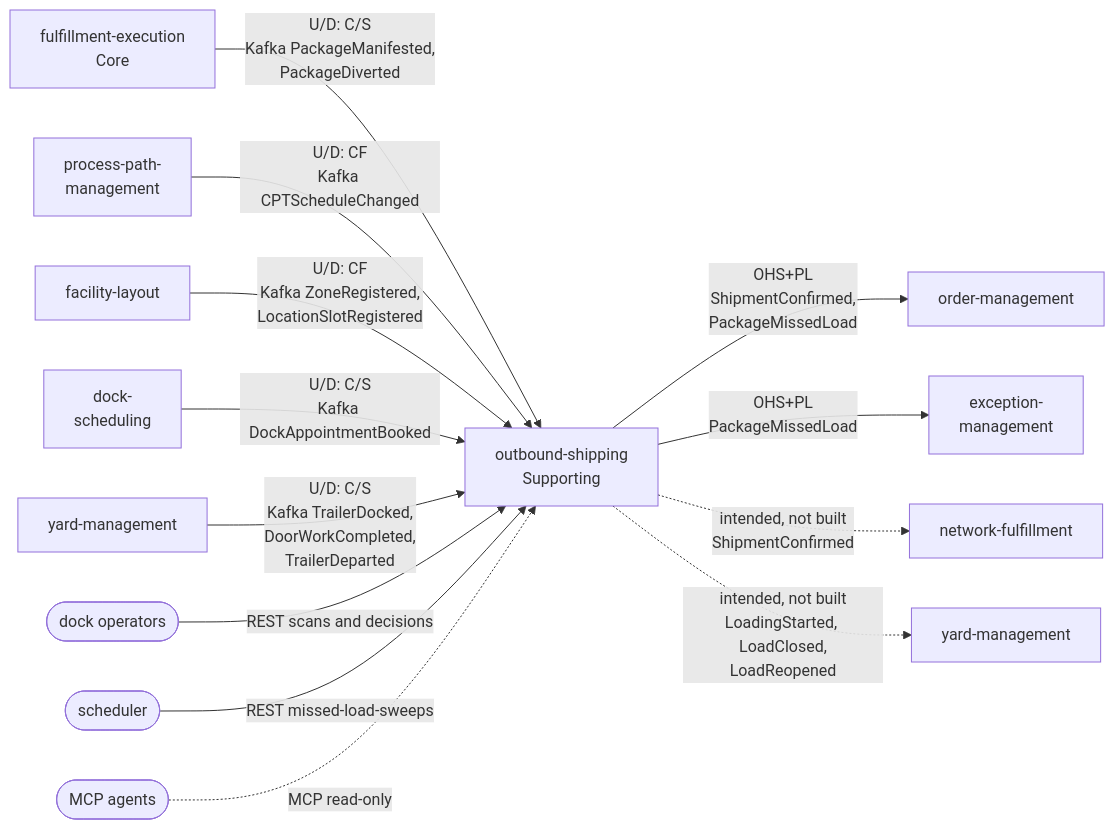
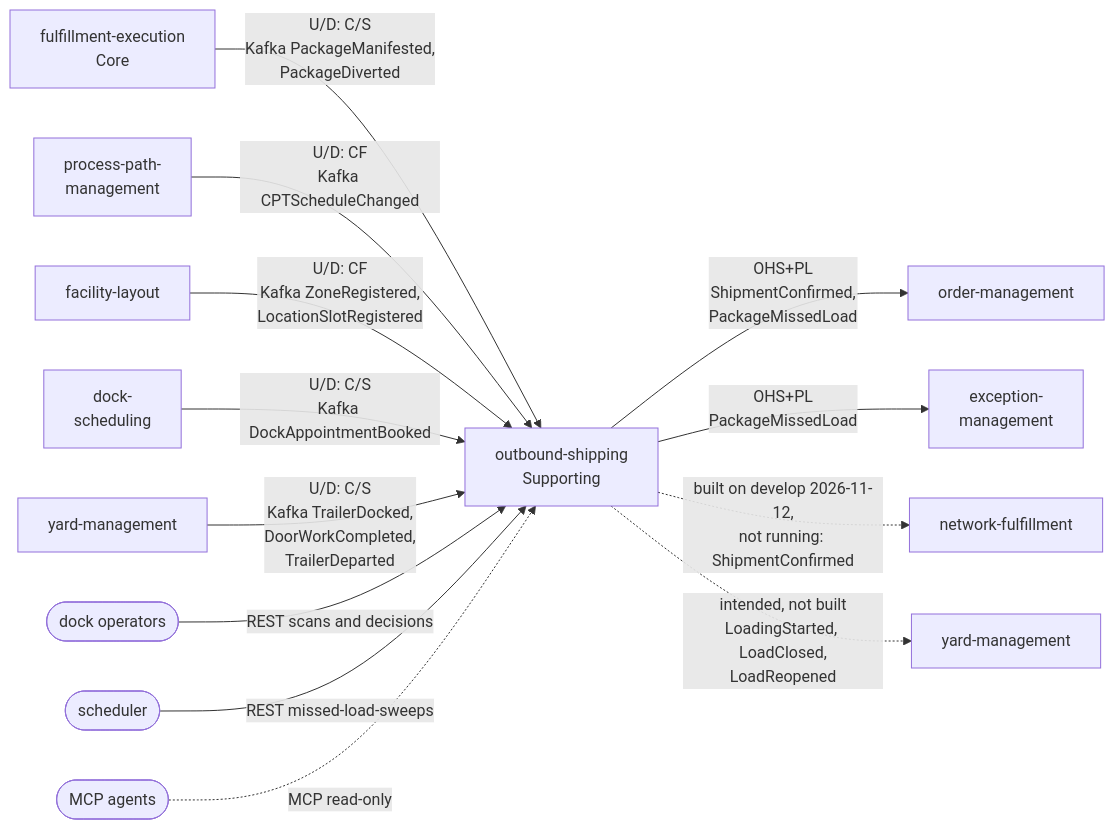
The diagram in docs/contexts/outbound-shipping/context-map.md (IQVO/warehouse-docs), drawn with Mermaid before and after one commit. The commit also changed other lines of this file and 30 other files, not shown here.

````diff
--- a/docs/contexts/outbound-shipping/context-map.md
+++ b/docs/contexts/outbound-shipping/context-map.md
@@ -17,29 +17,29 @@
 ```mermaid
 flowchart LR
     FE["fulfillment-execution<br/>Core"]
     PP["process-path-<br/>management"]
     FL["facility-layout"]
     DS["dock-<br/>scheduling"]
     YM["yard-management"]
     OS["outbound-shipping<br/>Supporting"]
     OM["order-management"]
     NF["network-fulfillment"]
     EM["exception-<br/>management"]
     YM2["yard-management"]
     DK([dock operators])
     SC([scheduler])
     AG([MCP agents])
 
     FE -->|"U/D: C/S<br/>Kafka PackageManifested,<br/>PackageDiverted"| OS
     PP -->|"U/D: CF<br/>Kafka CPTScheduleChanged"| OS
     FL -->|"U/D: CF<br/>Kafka ZoneRegistered,<br/>LocationSlotRegistered"| OS
     DS -->|"U/D: C/S<br/>Kafka DockAppointmentBooked"| OS
     YM -->|"U/D: C/S<br/>Kafka TrailerDocked,<br/>DoorWorkCompleted,<br/>TrailerDeparted"| OS
     DK -->|"REST scans and decisions"| OS
     SC -->|"REST missed-load-sweeps"| OS
     AG -.->|"MCP read-only"| OS
     OS -->|"OHS+PL<br/>ShipmentConfirmed,<br/>PackageMissedLoad"| OM
     OS -->|"OHS+PL<br/>PackageMissedLoad"| EM
-    OS -.->|"intended, not built<br/>ShipmentConfirmed"| NF
+    OS -.->|"built on develop 2026-11-12,<br/>not running: ShipmentConfirmed"| NF
     OS -.->|"intended, not built<br/>LoadingStarted, LoadClosed,<br/>LoadReopened"| YM2
 ```
````
